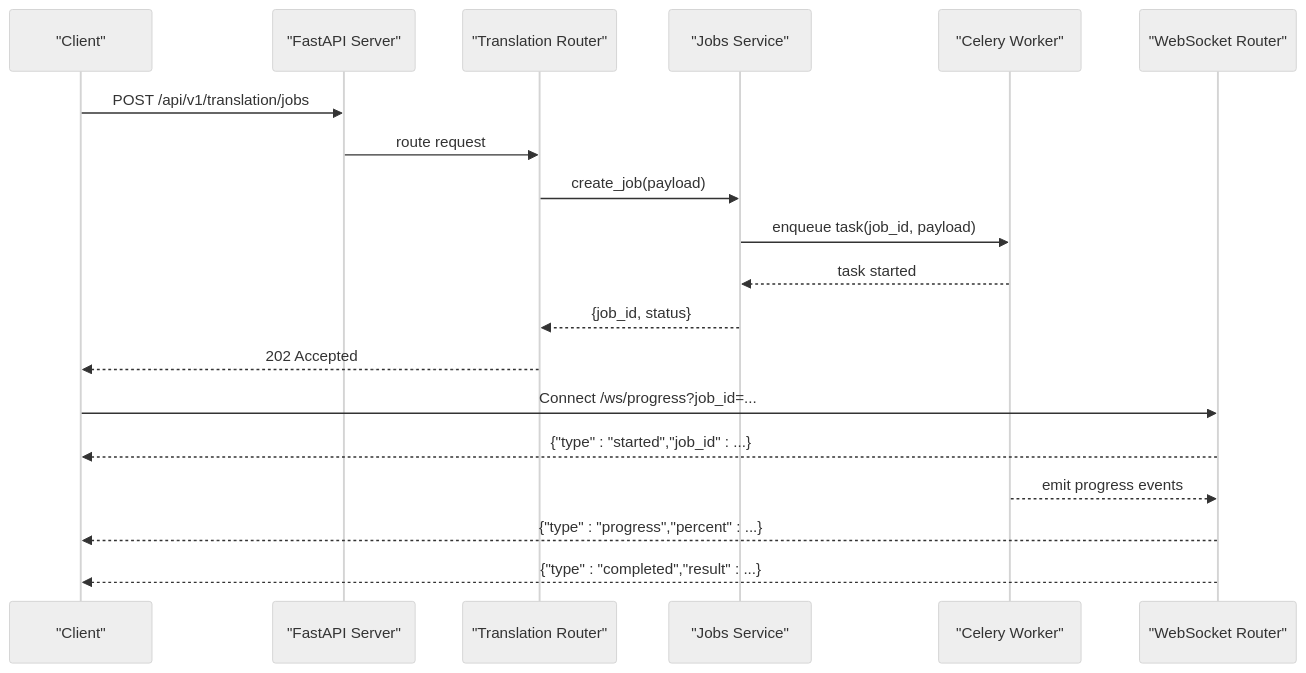
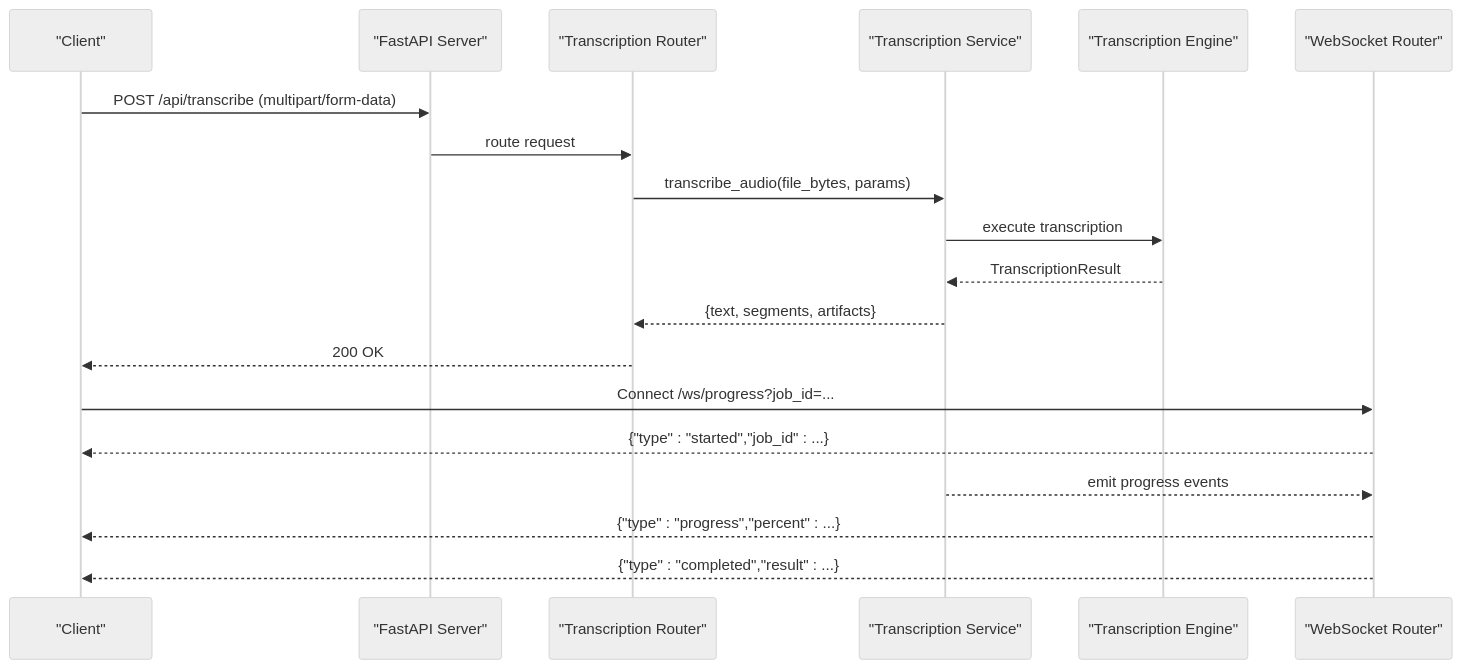
The second of 4 diagrams in .qoder/repowiki/en/content/API Reference/API Reference.md (Sifr-r/LocalDeepL), drawn with Mermaid (neutral theme) before and after one commit. The commit also changed other lines of this file and 104 other files, not shown here.

````diff
--- a/.qoder/repowiki/en/content/API Reference/API Reference.md
+++ b/.qoder/repowiki/en/content/API Reference/API Reference.md
@@ -135,21 +164,21 @@
 ```mermaid
 sequenceDiagram
 participant Client as "Client"
 participant API as "FastAPI Server"
-participant Router as "Translation Router"
-participant Service as "Jobs Service"
-participant Celery as "Celery Worker"
+participant Router as "Transcription Router"
+participant Service as "Transcription Service"
+participant Engine as "Transcription Engine"
 participant WS as "WebSocket Router"
-Client->>API : POST /api/v1/translation/jobs
+Client->>API : POST /api/transcribe (multipart/form-data)
 API->>Router : route request
-Router->>Service : create_job(payload)
-Service->>Celery : enqueue task(job_id, payload)
-Celery-->>Service : task started
-Service-->>Router : {job_id, status}
-Router-->>Client : 202 Accepted
+Router->>Service : transcribe_audio(file_bytes, params)
+Service->>Engine : execute transcription
+Engine-->>Service : TranscriptionResult
+Service-->>Router : {text, segments, artifacts}
+Router-->>Client : 200 OK
 Client->>WS : Connect /ws/progress?job_id=...
 WS-->>Client : {"type" : "started","job_id" : ...}
-Celery-->>WS : emit progress events
+Service-->>WS : emit progress events
 WS-->>Client : {"type" : "progress","percent" : ...}
 WS-->>Client : {"type" : "completed","result" : ...}
 ```
````
